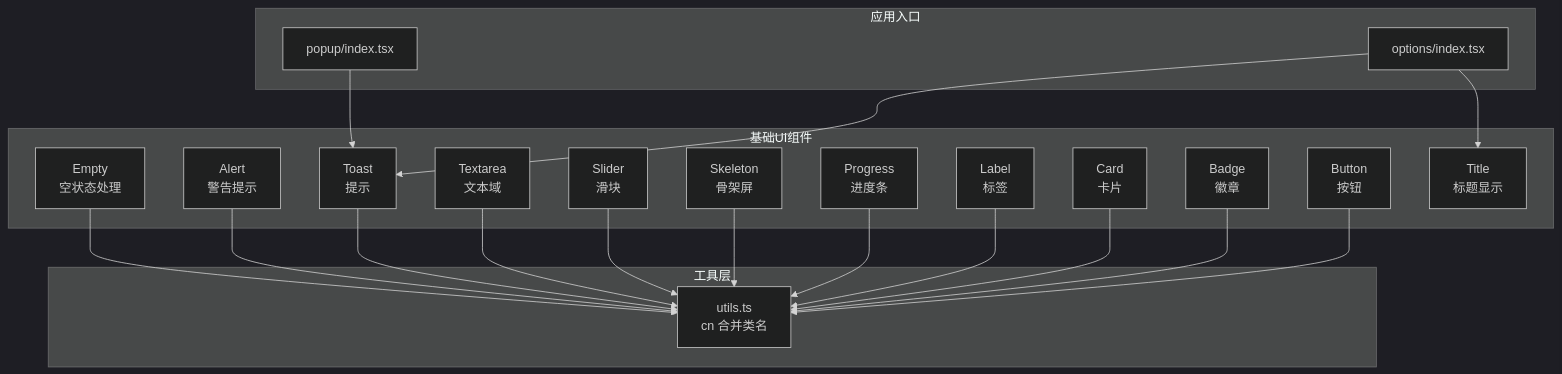
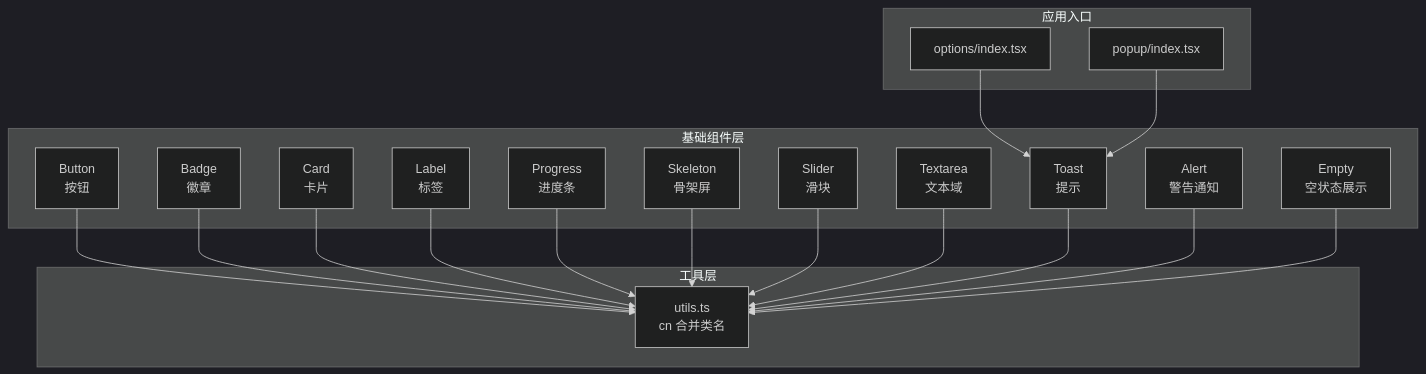
One commit to RadiumAg/bilibili-favorites changed the first of 14 diagrams in .qoder/repowiki/zh/content/UI组件系统/基础UI组件.md. Above: the diagram before and after it, drawn with Mermaid (dark theme). The commit also changed other lines of this file and 27 other files, not shown here.

````diff
--- a/.qoder/repowiki/zh/content/UI组件系统/基础UI组件.md
+++ b/.qoder/repowiki/zh/content/UI组件系统/基础UI组件.md
@@ -45,38 +45,36 @@
 ```mermaid
 graph TB
-subgraph "基础UI组件"
+subgraph "基础组件层"
 BTN["Button<br/>按钮"]
 BADGE["Badge<br/>徽章"]
 CARD["Card<br/>卡片"]
 LABEL["Label<br/>标签"]
 PROG["Progress<br/>进度条"]
 SKELE["Skeleton<br/>骨架屏"]
 SLIDER["Slider<br/>滑块"]
 TEXTAREA["Textarea<br/>文本域"]
 TOAST["Toast<br/>提示"]
-ALERT["Alert<br/>警告提示"]
-EMPTY["Empty<br/>空状态处理"]
-TITLE["Title<br/>标题显示"]
+ALERT["Alert<br/>警告通知"]
+EMPTY["Empty<br/>空状态展示"]
 end
 subgraph "工具层"
 UTILS["utils.ts<br/>cn 合并类名"]
 end
 subgraph "应用入口"
 OPT["options/index.tsx"]
 POP["popup/index.tsx"]
 end
 BTN --> UTILS
 BADGE --> UTILS
 CARD --> UTILS
 LABEL --> UTILS
 PROG --> UTILS
 SKELE --> UTILS
 SLIDER --> UTILS
 TEXTAREA --> UTILS
 TOAST --> UTILS
 ALERT --> UTILS
 EMPTY --> UTILS
 OPT --> TOAST
 POP --> TOAST
-OPT --> TITLE
 ```
````
